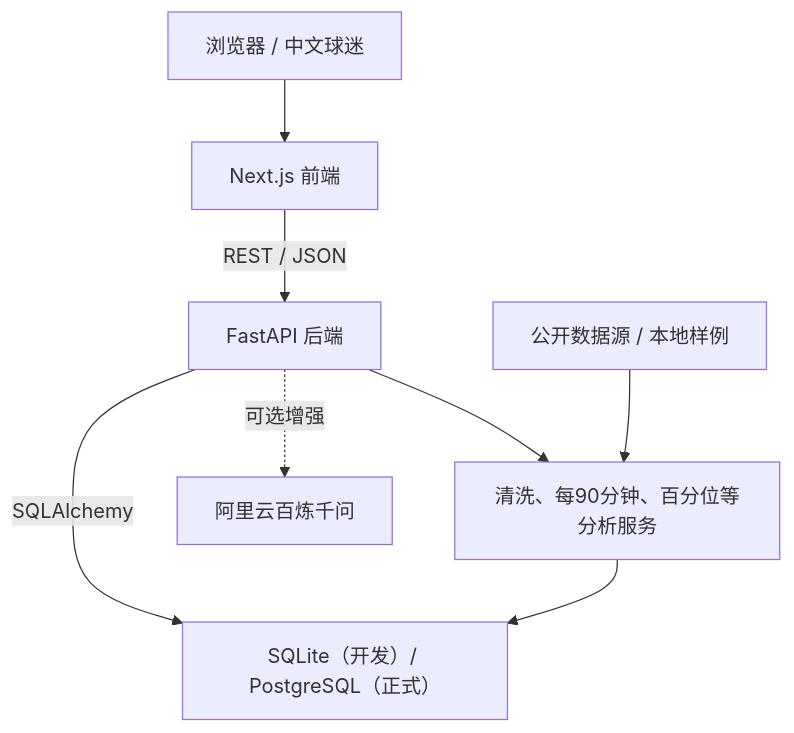
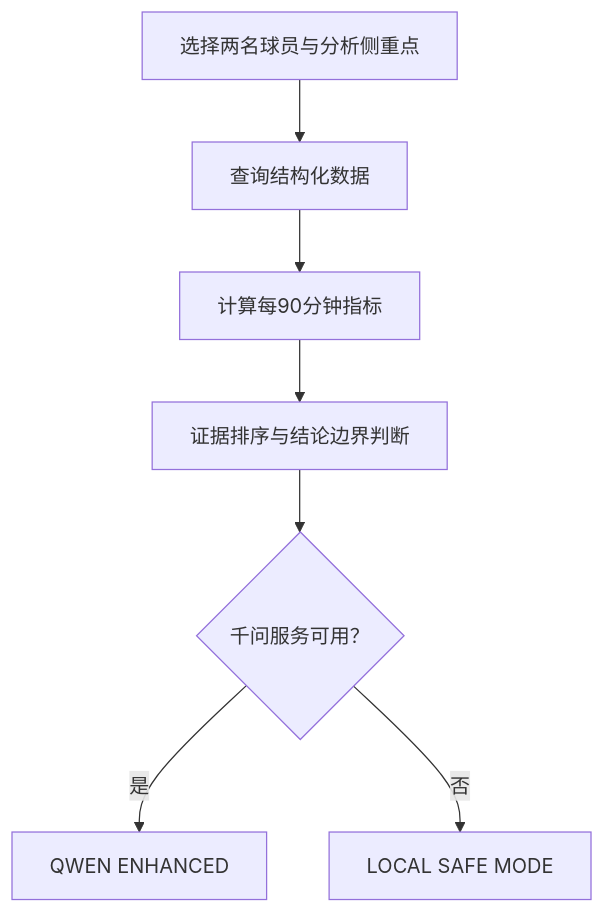
The diagram in README.md (ruiyangxie434-byte/pl-geo-analytics), drawn with Mermaid before and after one commit. The commit also changed other lines of this file and 10 other files, not shown here.

````diff
--- a/README.md
+++ b/README.md
@@ -52,10 +34,9 @@
 ```mermaid
 flowchart TD
-    A["浏览器 / 中文球迷"] --> B["Next.js 前端"]
-    B -->|REST / JSON| C["FastAPI 后端"]
-    C -->|SQLAlchemy| D["SQLite（开发）/ PostgreSQL（正式）"]
-    C --> E["清洗、每90分钟、百分位等分析服务"]
-    C -. 可选增强 .-> G["阿里云百炼千问"]
-    F["公开数据源 / 本地样例"] --> E
-    E --> D
+    A["选择两名球员与分析侧重点"] --> B["查询结构化数据"]
+    B --> C["计算每90分钟指标"]
+    C --> D["证据排序与结论边界判断"]
+    D --> E{"千问服务可用？"}
+    E -->|是| F["QWEN ENHANCED"]
+    E -->|否| G["LOCAL SAFE MODE"]
 ```
````
